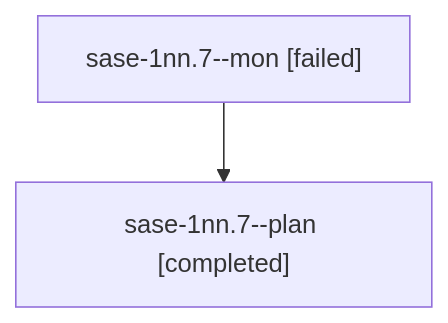
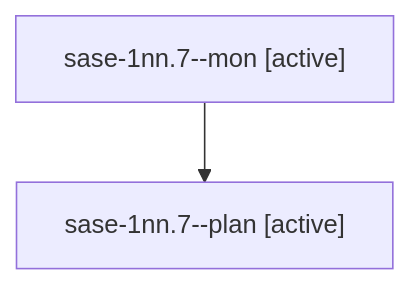
One commit to sase-org/sase--agents changed the diagram in sessions/bbugyi200.athena.sase-1nn.7.md. Above: the diagram before and after it, drawn with Mermaid. The commit also changed other lines of this file and 144 other files, not shown here.

````diff
--- a/sessions/bbugyi200.athena.sase-1nn.7.md
+++ b/sessions/bbugyi200.athena.sase-1nn.7.md
@@ -9,6 +9,6 @@
 ```mermaid
 flowchart TD
-  n0["sase-1nn.7--mon [failed]"]
-  n1["sase-1nn.7--plan [completed]"]
+  n0["sase-1nn.7--mon [active]"]
+  n1["sase-1nn.7--plan [active]"]
   n0 --> n1
 ```
````
